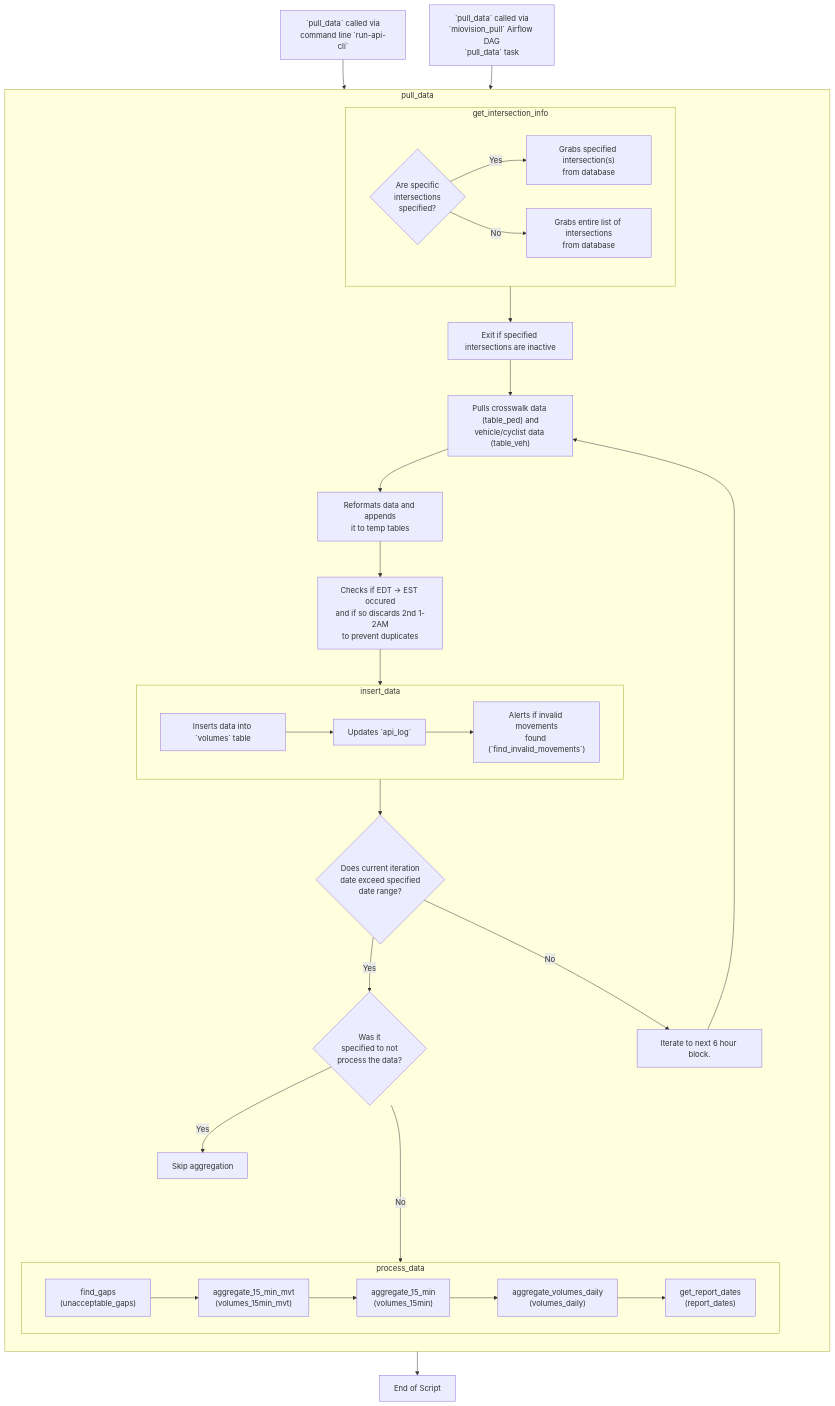
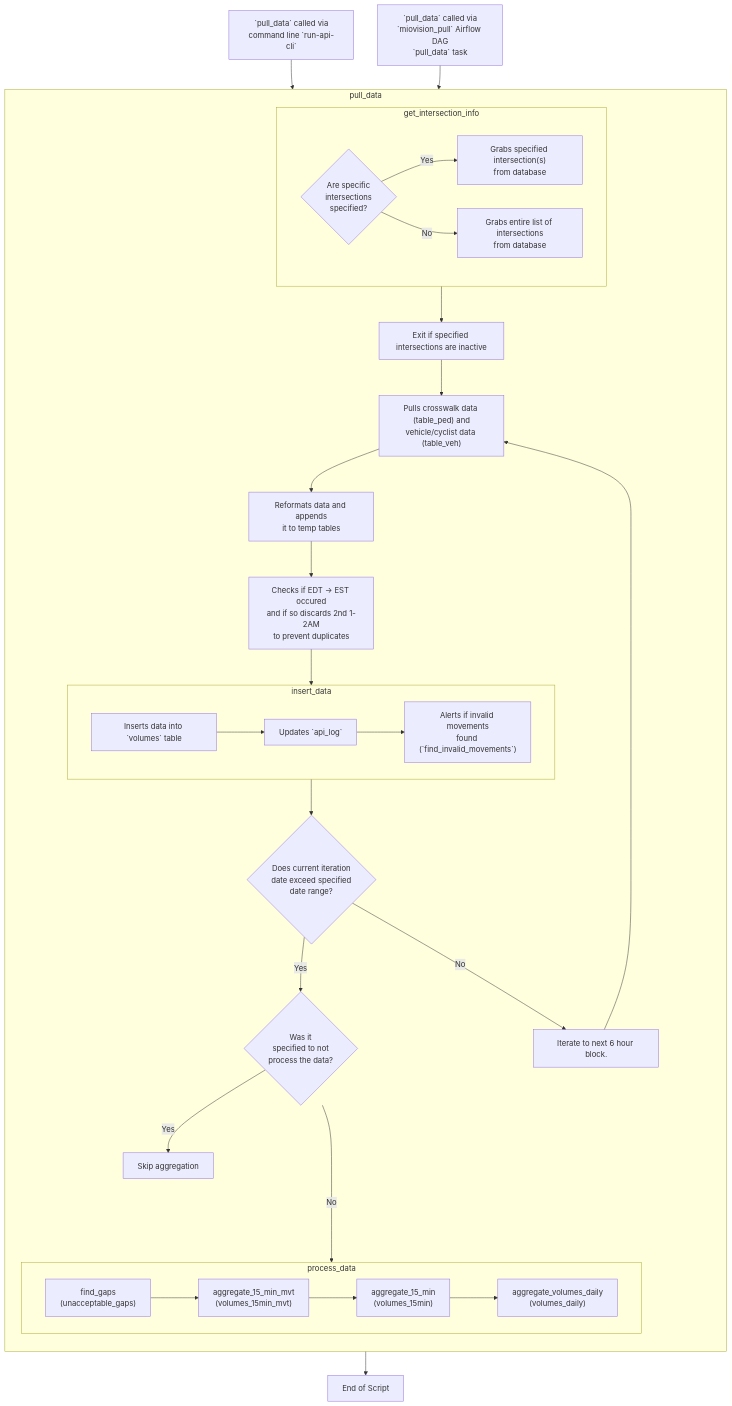
Before and after one commit to CityofToronto/bdit_data-sources: the diagram in volumes/miovision/api/readme.md, drawn with Mermaid. The commit also changed other lines of this file and 6 other files, not shown here.

Commit message:
#868, #879 remove report_dates (references deleted 15min atr table)

````diff
--- a/volumes/miovision/api/readme.md
+++ b/volumes/miovision/api/readme.md
@@ -194,59 +194,58 @@
 ```mermaid
 flowchart TB
     A[" `pull_data` called via\ncommand line `run-api-cli`"]
     B[" `pull_data` called via\n`miovision_pull` Airflow DAG\n`pull_data` task"]
     A & B-->pull_data
 
     subgraph pull_data["`pull_data`" ]
         direction TB
 
         subgraph get_intersection_info["`get_intersection_info`" ]
             direction LR
             D{Are specific\nintersections\n specified?}
             E[Grabs entire list of intersections\nfrom database]
             F["Grabs specified intersection(s)\nfrom database"]
             D-->|Yes|F
             D-->|No|E            
         end
 
         exit[Exit if specified intersections are inactive]
         G["Pulls crosswalk data (table_ped) and\nvehicle/cyclist data (table_veh)"]
         H[Reformats data and appends\nit to temp tables]
         J[Checks if EDT -> EST occured\nand if so discards 2nd 1-2AM\nto prevent duplicates]
 
         subgraph insert_data["`insert_data`"]
             direction LR
             insert[Inserts data into `volumes` table]
             api_log[Updates `api_log`]
             invalid["Alerts if invalid movements\nfound (`find_invalid_movements`)"]
             insert-->api_log-->invalid
         end
 
         P{Does current iteration\ndate exceed specified\ndate range?}
         get_intersection_info-->exit-->G-->H-->J-->insert_data-->P
         
 
         Iterate[Iterate to next 6 hour block.]
         L{Was it\nspecified to not\nprocess the data?}
 
         P-->|Yes|L
         P-->|No|Iterate
         Iterate-->G
 
         subgraph process_data["`process_data`"]
             direction LR
             gaps["find_gaps\n(unacceptable_gaps)"]-->
             mvt["aggregate_15_min_mvt\n(volumes_15min_mvt)"]-->
             v15["aggregate_15_min\n(volumes_15min)"]-->
-            volumes_daily["aggregate_volumes_daily\n(volumes_daily)"]-->
-            report_dates["get_report_dates\n(report_dates)"]
+            volumes_daily["aggregate_volumes_daily\n(volumes_daily)"]
         end
         
         L---->|No|process_data
         L-->|Yes|skip[Skip aggregation]
     end
     
     Q[End of Script]
     
     pull_data-->Q
   ```
````
